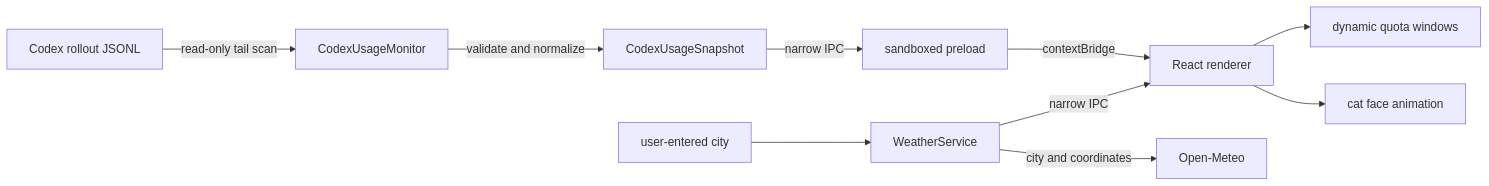
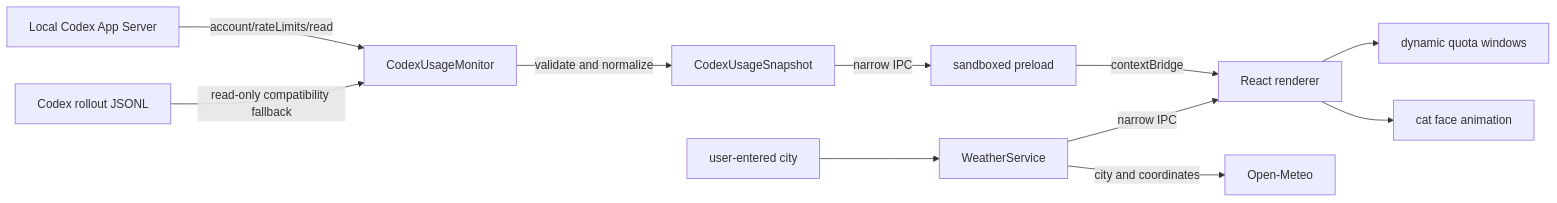
Before and after one commit to shamikabeike/CodexPet: the diagram in docs/ARCHITECTURE.en.md, drawn with Mermaid. The commit also changed other lines of this file and 23 other files, not shown here.

````diff
--- a/docs/ARCHITECTURE.en.md
+++ b/docs/ARCHITECTURE.en.md
@@ -11,12 +11,13 @@
 ```mermaid
 flowchart LR
-    A["Codex rollout JSONL"] -->|"read-only tail scan"| B["CodexUsageMonitor"]
+    A["Local Codex App Server"] -->|"account/rateLimits/read"| B["CodexUsageMonitor"]
+    A2["Codex rollout JSONL"] -->|"read-only compatibility fallback"| B
     B -->|"validate and normalize"| C["CodexUsageSnapshot"]
     C -->|"narrow IPC"| D["sandboxed preload"]
     D -->|"contextBridge"| E["React renderer"]
     E --> F["dynamic quota windows"]
     E --> G["cat face animation"]
     H["user-entered city"] --> I["WeatherService"]
     I -->|"city and coordinates"| J["Open-Meteo"]
     I -->|"narrow IPC"| E
 ```
````
